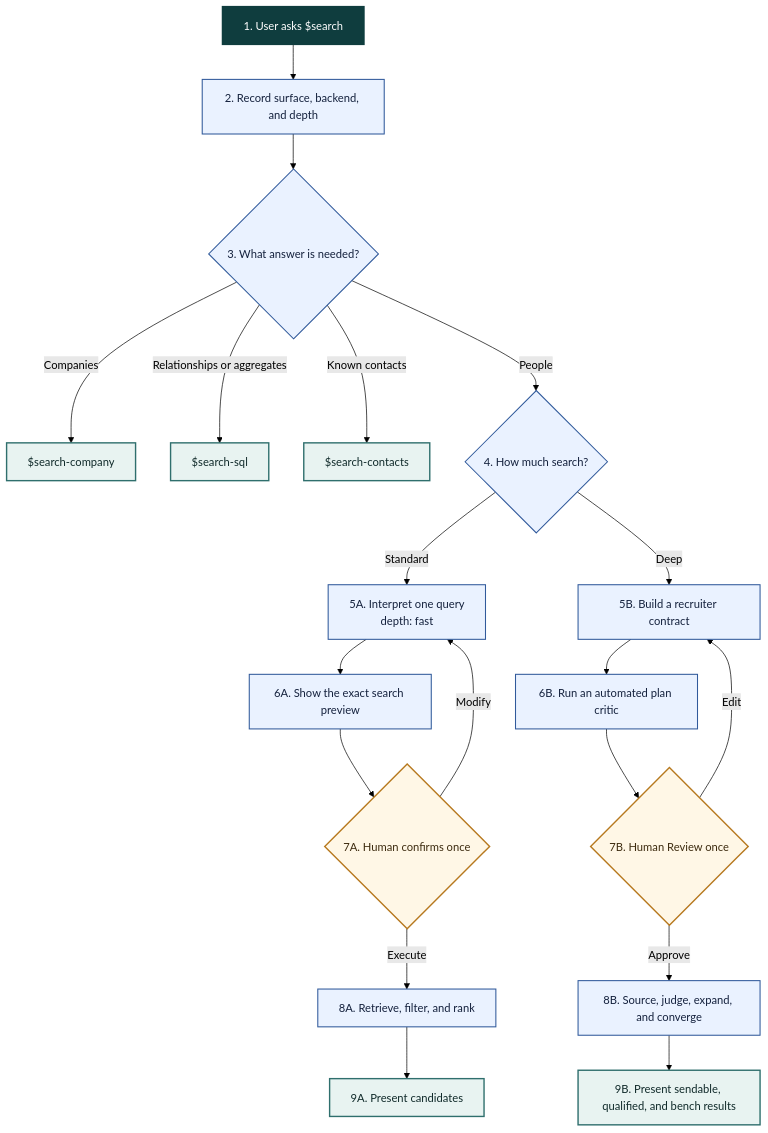
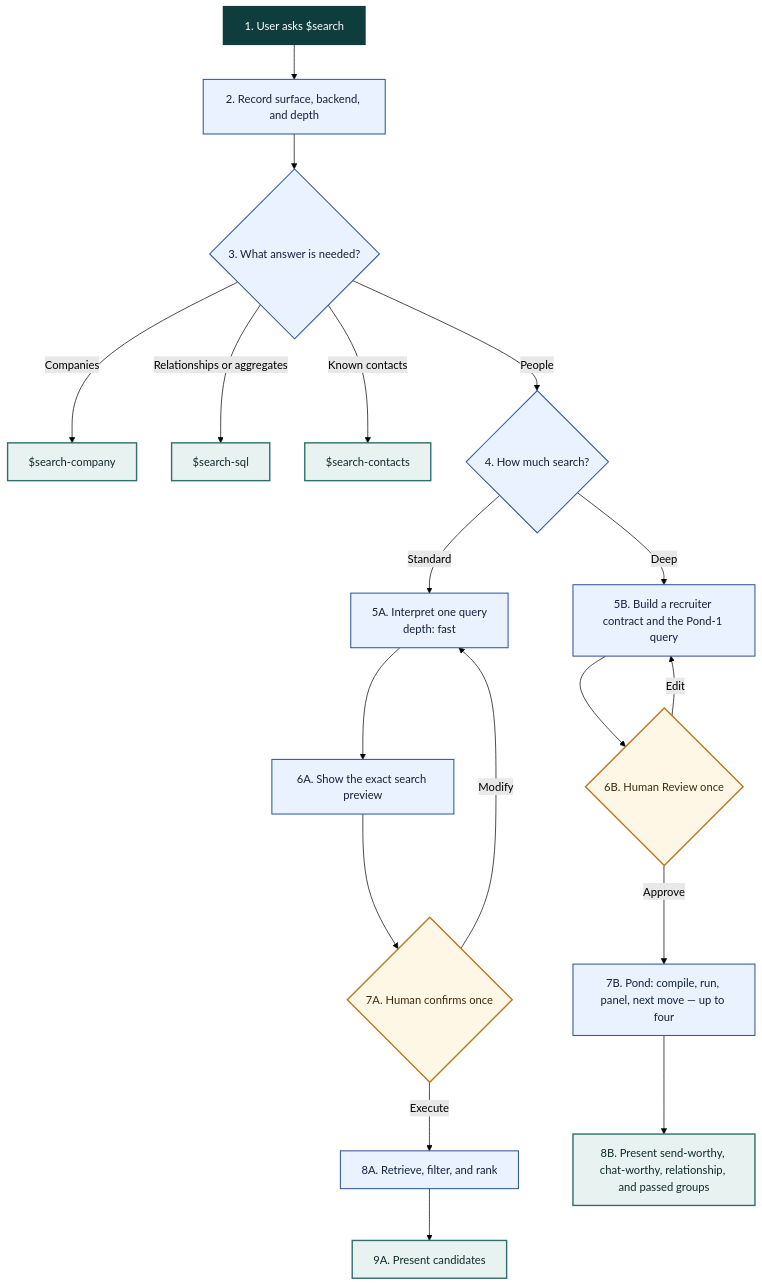
One commit to powerset-co/powerpacks changed the first of 2 diagrams in packs/search/docs/search-architecture.md. Above: the diagram before and after it, drawn with Mermaid (forest theme). The commit also changed other lines of this file and 87 other files, not shown here.

First line of the commit message:
feat(search)!: one deep engine with post-compile JD traits (#480)

````diff
--- a/packs/search/docs/search-architecture.md
+++ b/packs/search/docs/search-architecture.md
@@ -36,33 +45,32 @@
 ```mermaid
 flowchart TD
     ASK[1. User asks $search] --> DECIDE[2. Record surface, backend, and depth]
     DECIDE --> SURFACE{3. What answer is needed?}
 
     SURFACE -->|Companies| COMPANY[$search-company]
     SURFACE -->|Relationships or aggregates| SQL[$search-sql]
     SURFACE -->|Known contacts| CONTACTS[$search-contacts]
     SURFACE -->|People| DEPTH{4. How much search?}
 
     DEPTH -->|Standard| INTERPRET[5A. Interpret one query<br/>depth: fast]
     INTERPRET --> PREVIEW[6A. Show the exact search preview]
     PREVIEW --> FASTREVIEW{7A. Human confirms once}
     FASTREVIEW -->|Modify| INTERPRET
     FASTREVIEW -->|Execute| FASTRUN[8A. Retrieve, filter, and rank]
     FASTRUN --> FASTRESULT[9A. Present candidates]
 
-    DEPTH -->|Deep| PLAN[5B. Build a recruiter contract]
-    PLAN --> CRITIC[6B. Run an automated plan critic]
-    CRITIC --> DEEPREVIEW{7B. Human Review once}
+    DEPTH -->|Deep| PLAN[5B. Build a recruiter contract and the Pond-1 query]
+    PLAN --> DEEPREVIEW{6B. Human Review once}
     DEEPREVIEW -->|Edit| PLAN
-    DEEPREVIEW -->|Approve| DEEPRUN[8B. Source, judge, expand, and converge]
-    DEEPRUN --> DEEPRESULT[9B. Present sendable, qualified, and bench results]
+    DEEPREVIEW -->|Approve| DEEPRUN[7B. Pond: compile, run, panel, next move — up to four]
+    DEEPRUN --> DEEPRESULT[8B. Present send-worthy, chat-worthy, relationship, and passed groups]
 
     classDef start fill:#0f3d3e,color:#ffffff,stroke:#0f3d3e,stroke-width:2px;
     classDef decision fill:#eaf2ff,color:#14213d,stroke:#315a9b,stroke-width:1.5px;
     classDef review fill:#fff7e6,color:#3d2b0f,stroke:#b7791f,stroke-width:2px;
     classDef result fill:#e8f3f1,color:#102a2a,stroke:#2f6f6d,stroke-width:2px;
     class ASK start;
-    class DECIDE,SURFACE,DEPTH,INTERPRET,PREVIEW,FASTRUN,PLAN,CRITIC,DEEPRUN decision;
+    class DECIDE,SURFACE,DEPTH,INTERPRET,PREVIEW,FASTRUN,PLAN,DEEPRUN decision;
     class FASTREVIEW,DEEPREVIEW review;
     class COMPANY,SQL,CONTACTS,FASTRESULT,DEEPRESULT result;
 ```
````
